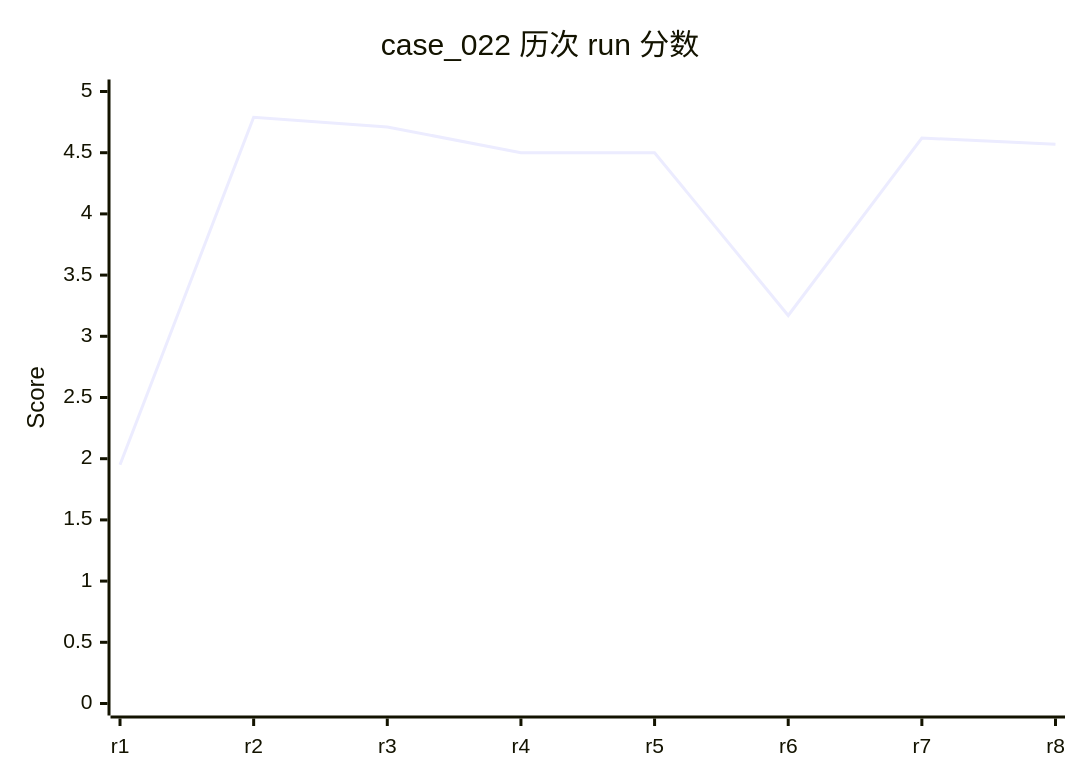
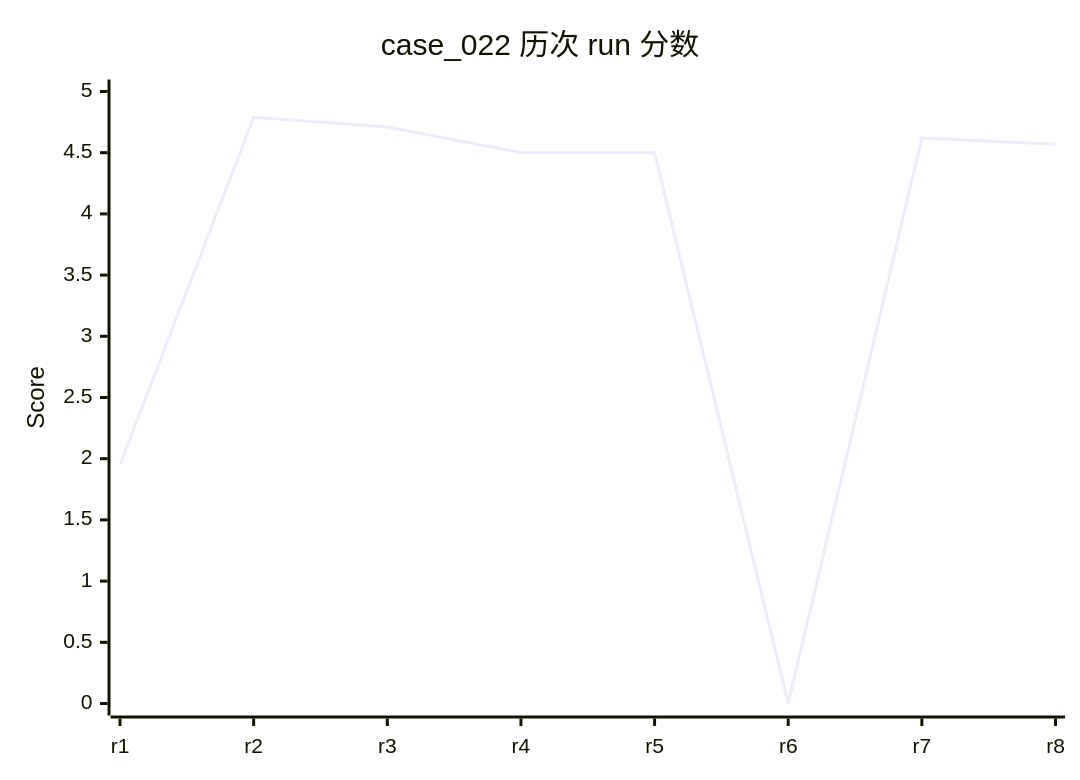
One commit to rushengzhou/sid-code changed diagram 26 of 58 in evals/DASHBOARD.md. Above: the diagram before and after it, drawn with Mermaid. The commit also changed other lines of this file and 49 other files, not shown here.

````diff
--- a/evals/DASHBOARD.md
+++ b/evals/DASHBOARD.md
@@ -559,7 +564,7 @@
 ```mermaid
 xychart-beta
     title "case_022 历次 run 分数"
     x-axis [r1, r2, r3, r4, r5, r6, r7, r8]
     y-axis "Score" 0 --> 5
-    line [1.95, 4.79, 4.71, 4.50, 4.50, 3.17, 4.62, 4.57]
+    line [1.95, 4.79, 4.71, 4.50, 4.50, 0, 4.62, 4.57]
 ```
````
